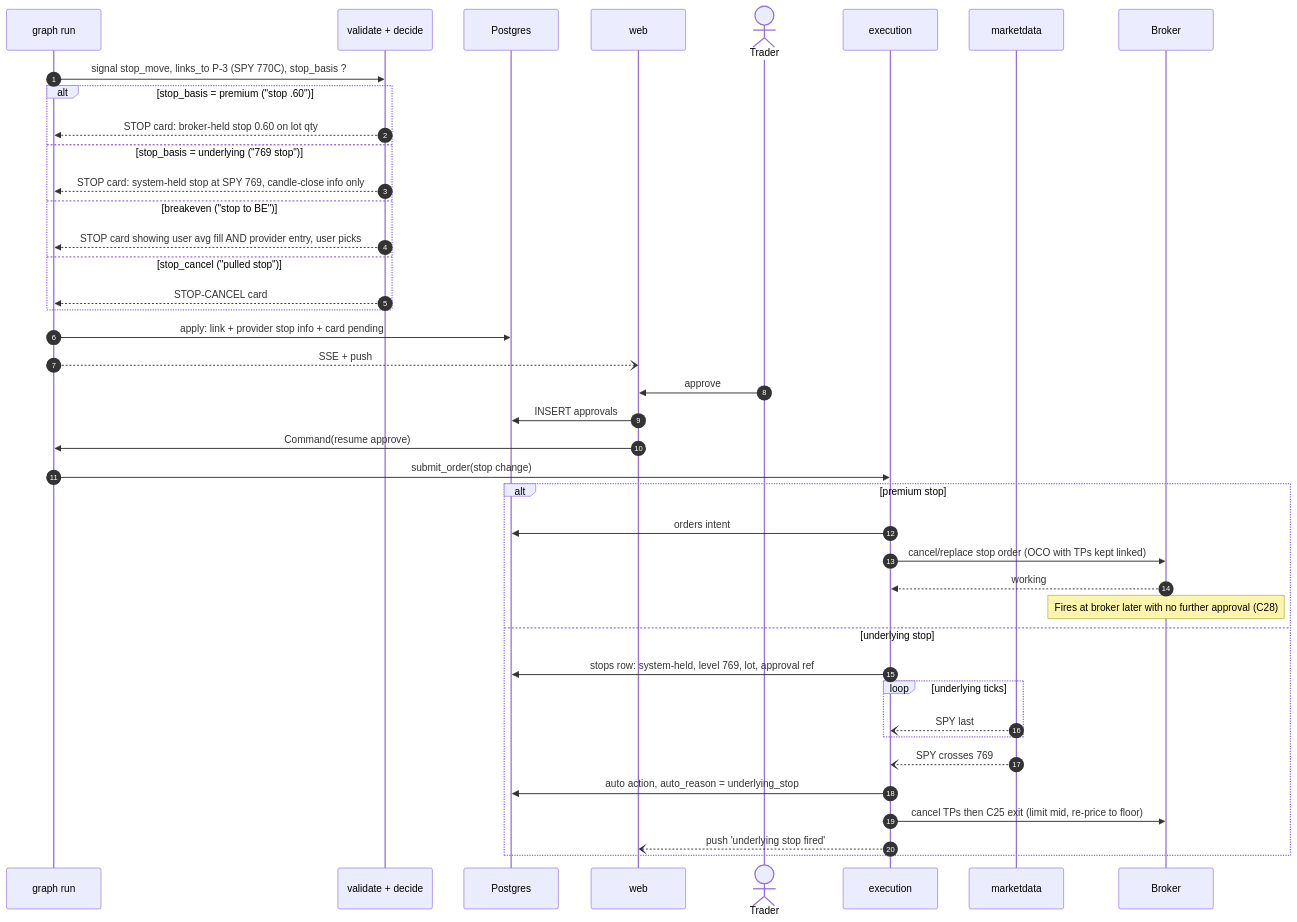
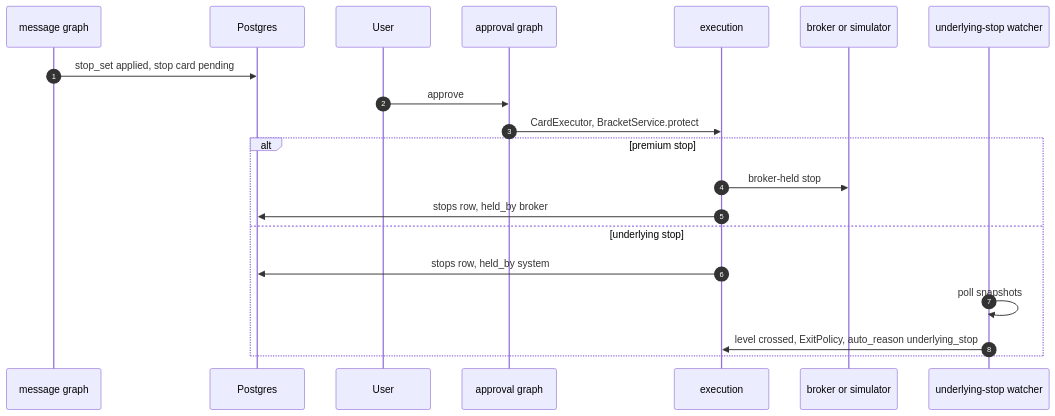
One commit to idolrun/trading-agent changed the third of 12 diagrams in docs/diagrams/06-sequence-diagrams.md. Above: the diagram before and after it, drawn with Mermaid. The commit also changed other lines of this file and 131 other files, not shown here.

First line of the commit message:
docs: update architecture and data flow diagrams for clarity and consistency

````diff
--- a/docs/diagrams/06-sequence-diagrams.md
+++ b/docs/diagrams/06-sequence-diagrams.md
@@ -144,44 +94,23 @@
 ```mermaid
 sequenceDiagram
     autonumber
-    participant G as graph run
-    participant VD as validate + decide
+    participant G as message graph
     participant DB as Postgres
-    participant W as web
-    actor U as Trader
+    participant U as User
+    participant AG as approval graph
     participant X as execution
-    participant MD as marketdata
-    participant B as Broker
+    participant B as broker or simulator
+    participant SW as underlying-stop watcher
 
-    G->>VD: signal stop_move, links_to P-3 (SPY 770C), stop_basis ?
-    alt stop_basis = premium ("stop .60")
-        VD-->>G: STOP card: broker-held stop 0.60 on lot qty
-    else stop_basis = underlying ("769 stop")
-        VD-->>G: STOP card: system-held stop at SPY 769, candle-close info only
-    else breakeven ("stop to BE")
-        VD-->>G: STOP card showing user avg fill AND provider entry, user picks
-    else stop_cancel ("pulled stop")
-        VD-->>G: STOP-CANCEL card
-    end
-    G->>DB: apply: link + provider stop info + card pending
-    G--)W: SSE + push
-    U->>W: approve
-    W->>DB: INSERT approvals
-    W->>G: Command(resume approve)
-    G->>X: submit_order(stop change)
+    G->>DB: stop_set applied, stop card pending
+    U->>AG: approve
+    AG->>X: CardExecutor, BracketService.protect
     alt premium stop
-        X->>DB: orders intent
-        X->>B: cancel/replace stop order (OCO with TPs kept linked)
-        B-->>X: working
-        Note over B: Fires at broker later with no further approval (C28)
+        X->>B: broker-held stop
+        X->>DB: stops row, held_by broker
     else underlying stop
-        X->>DB: stops row: system-held, level 769, lot, approval ref
-        loop underlying ticks
-            MD--)X: SPY last
-        end
-        MD--)X: SPY crosses 769
-        X->>DB: auto action, auto_reason = underlying_stop
-        X->>B: cancel TPs then C25 exit (limit mid, re-price to floor)
-        X--)W: push 'underlying stop fired'
+        X->>DB: stops row, held_by system
+        SW->>SW: poll snapshots
+        SW->>X: level crossed, ExitPolicy, auto_reason underlying_stop
     end
 ```
````
